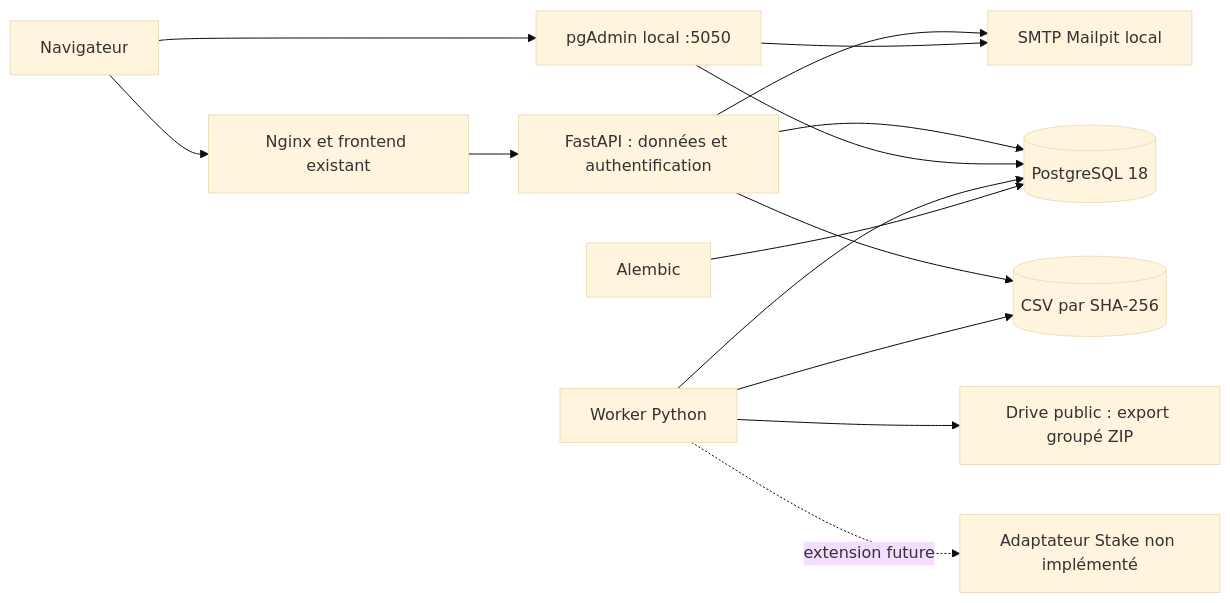
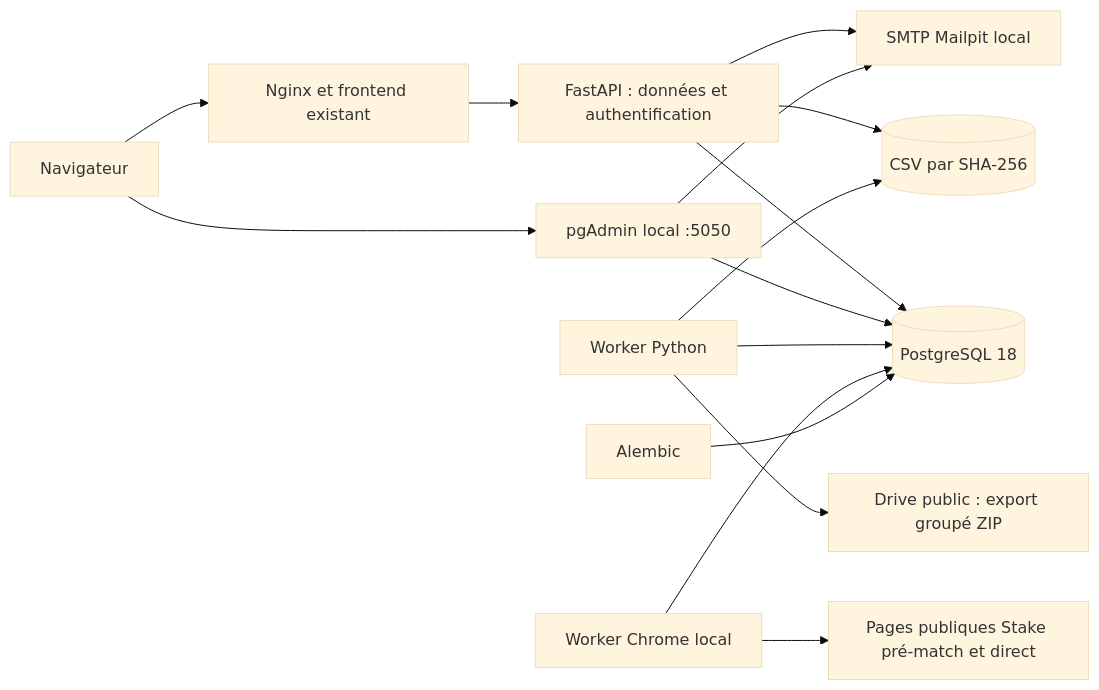
One commit to Walayy/metiqo changed the diagram in docs/backend.md. Above: the diagram before and after it, drawn with Mermaid (base theme). The commit also changed other lines of this file and 95 other files, not shown here.

````diff
--- a/docs/backend.md
+++ b/docs/backend.md
@@ -7,16 +7,17 @@
 ```mermaid
 flowchart LR
   Browser[Navigateur] --> Web[Nginx et frontend existant]
   Web --> API[FastAPI : données et authentification]
   API --> Mailpit[SMTP Mailpit local]
   API --> DB[(PostgreSQL 18)]
   Browser --> PgAdmin[pgAdmin local :5050]
   PgAdmin --> DB
   PgAdmin --> Mailpit
   API --> Files[(CSV par SHA-256)]
   Worker[Worker Python] --> Drive[Drive public : export groupé ZIP]
   Worker --> DB
   Worker --> Files
-  Worker -. extension future .-> Stake[Adaptateur Stake non implémenté]
+  WorkerStake[Worker Chrome local] --> Stake[Pages publiques Stake pré-match et direct]
+  WorkerStake --> DB
   Migrate[Alembic] --> DB
 ```
````
